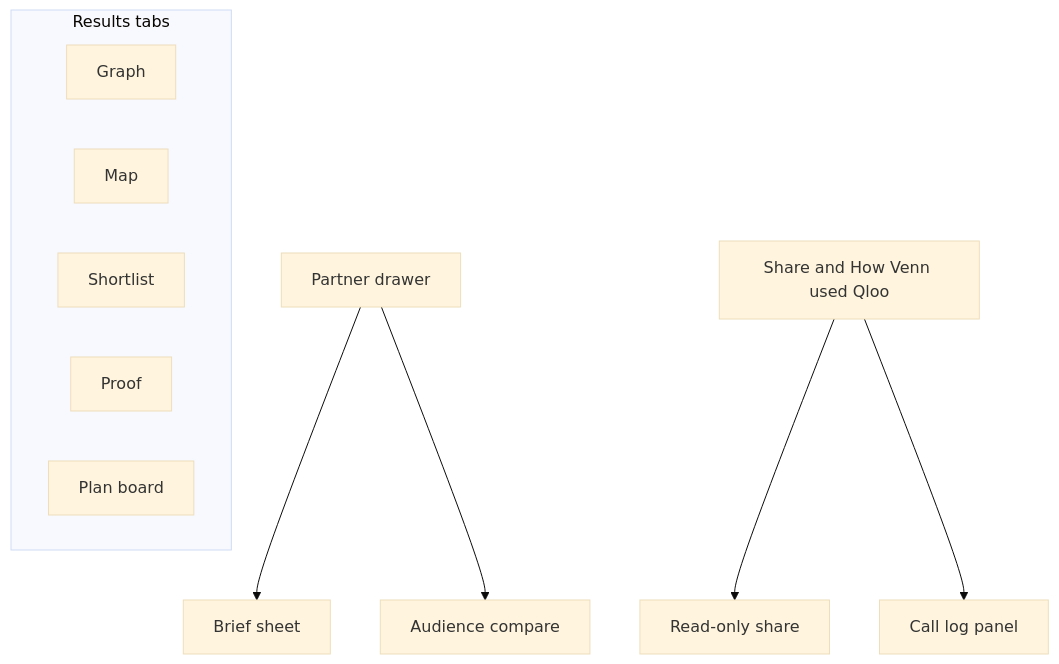
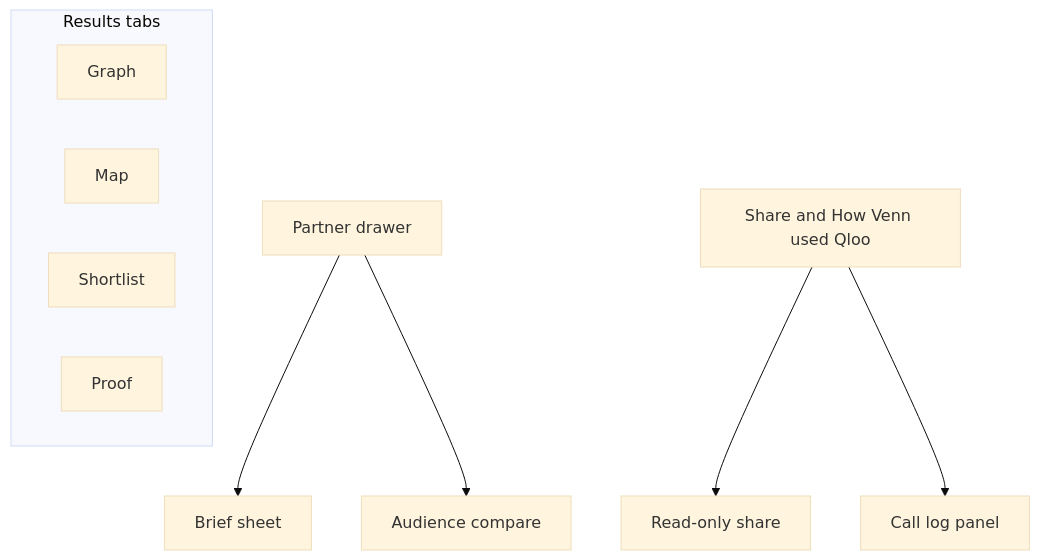
The third of 4 diagrams in docs/ALL_FEATURES.md (smehra670/venn-qloo-hackathon), drawn with Mermaid (base theme) before and after one commit. The commit also changed other lines of this file and 154 other files, not shown here.

````diff
--- a/docs/ALL_FEATURES.md
+++ b/docs/ALL_FEATURES.md
@@ -101,14 +100,13 @@
 ```mermaid
 flowchart TB
   subgraph results [Results tabs]
     G[Graph]
     M[Map]
     S[Shortlist]
     P[Proof]
-    B[Plan board]
   end
   Drawer[Partner drawer] --> Brief[Brief sheet]
   Drawer --> Compare[Audience compare]
   TopBar[Share and How Venn used Qloo] --> ShareView[Read-only share]
   TopBar --> CallLog[Call log panel]
 ```
````
